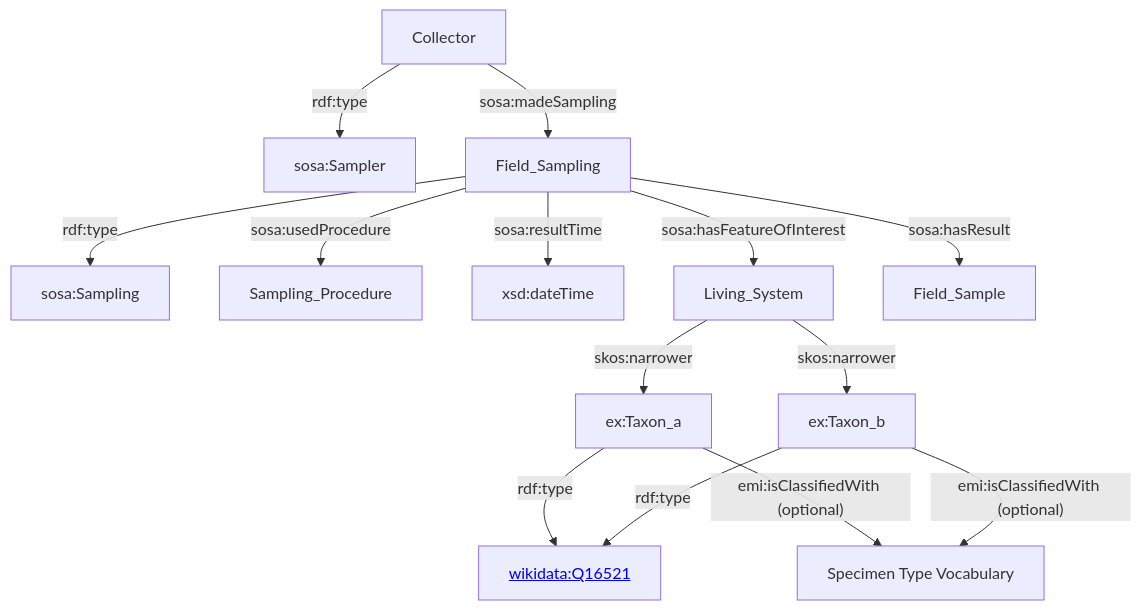
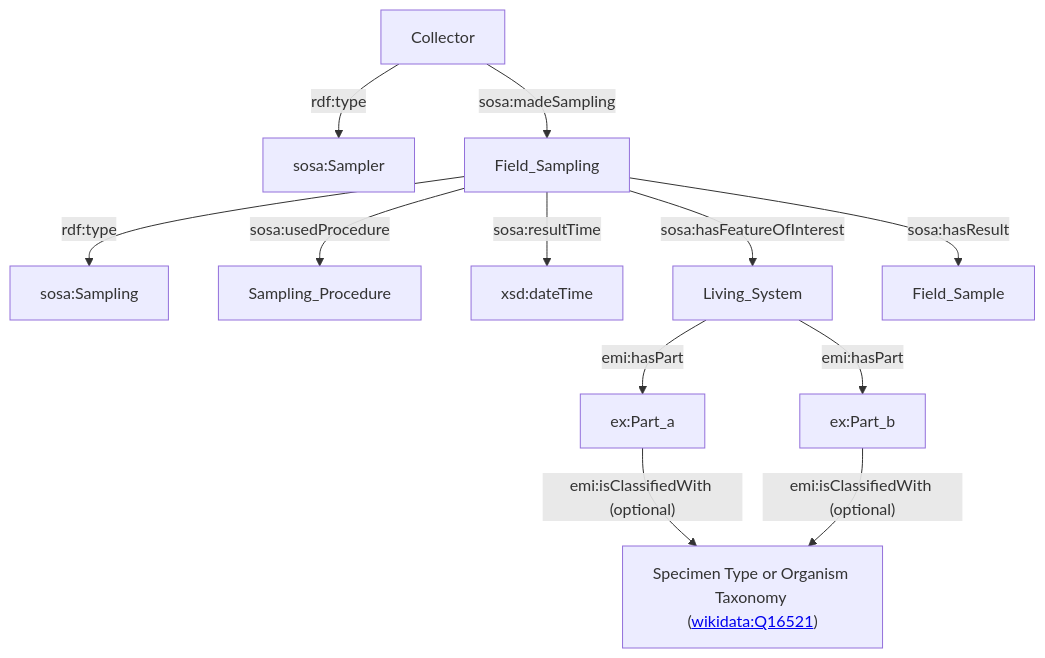
The fifth of 8 diagrams in README.md (digital-botanical-gardens-initiative/earth_metabolome_ontology), drawn with Mermaid before and after one commit. The commit also changed other lines of this file, not shown here.

````diff
--- a/README.md
+++ b/README.md
@@ -107,17 +111,15 @@
 ```mermaid
 graph TD
 
 		Collector -->|rdf:type|sosa:Sampler
 		Collector -->|sosa:madeSampling|Field_Sampling["Field_Sampling"]
     Field_Sampling -->|rdf:type|sosa:Sampling["sosa:Sampling"]
     Field_Sampling -->|sosa:usedProcedure|Sampling_Procedure["Sampling_Procedure"]
     Field_Sampling -->|sosa:resultTime|xsd:dateTime
     Field_Sampling -->|"sosa:hasFeatureOfInterest"|Living_System["Living_System"]
     Field_Sampling -->|sosa:hasResult|Field_Sample["Field_Sample"]
-    Living_System -->|skos:narrower|t_a["ex:Taxon_a"]
-    Living_System -->|skos:narrower|t_b["ex:Taxon_b"]
-    t_a -->|rdf:type|w["<a href=http://www.wikidata.org/entity/Q16521>wikidata:Q16521</a>"]
-    t_b -->|rdf:type|w["<a href=http://www.wikidata.org/entity/Q16521>wikidata:Q16521</a>"]
-    t_a -->|"emi:isClassifiedWith (optional)"|w2["Specimen Type Vocabulary"]
-    t_b -->|"emi:isClassifiedWith (optional)"|w2["Specimen Type Vocabulary"]
+    Living_System -->|emi:hasPart|o_a["ex:Part_a"]
+    Living_System -->|emi:hasPart|o_b["ex:Part_b"]
+    o_a -->|"emi:isClassifiedWith (optional)"|w2["Specimen Vocabulary or Organism Taxonomy (<a href=http://www.wikidata.org/entity/Q16521>wikidata:Q16521</a>)"]
+    o_b -->|"emi:isClassifiedWith (optional)"|w2["Specimen Type or Organism Taxonomy (<a href=http://www.wikidata.org/entity/Q16521>wikidata:Q16521</a>)"]
 ```
````
